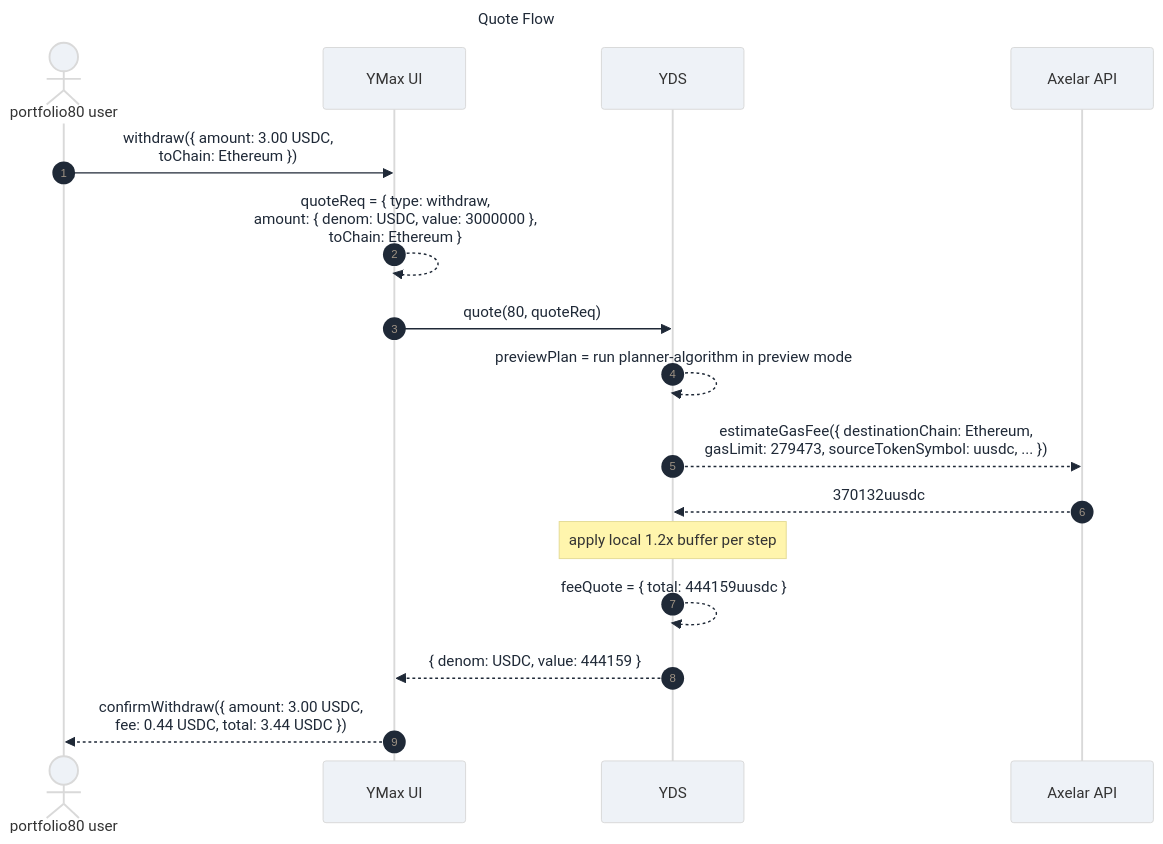
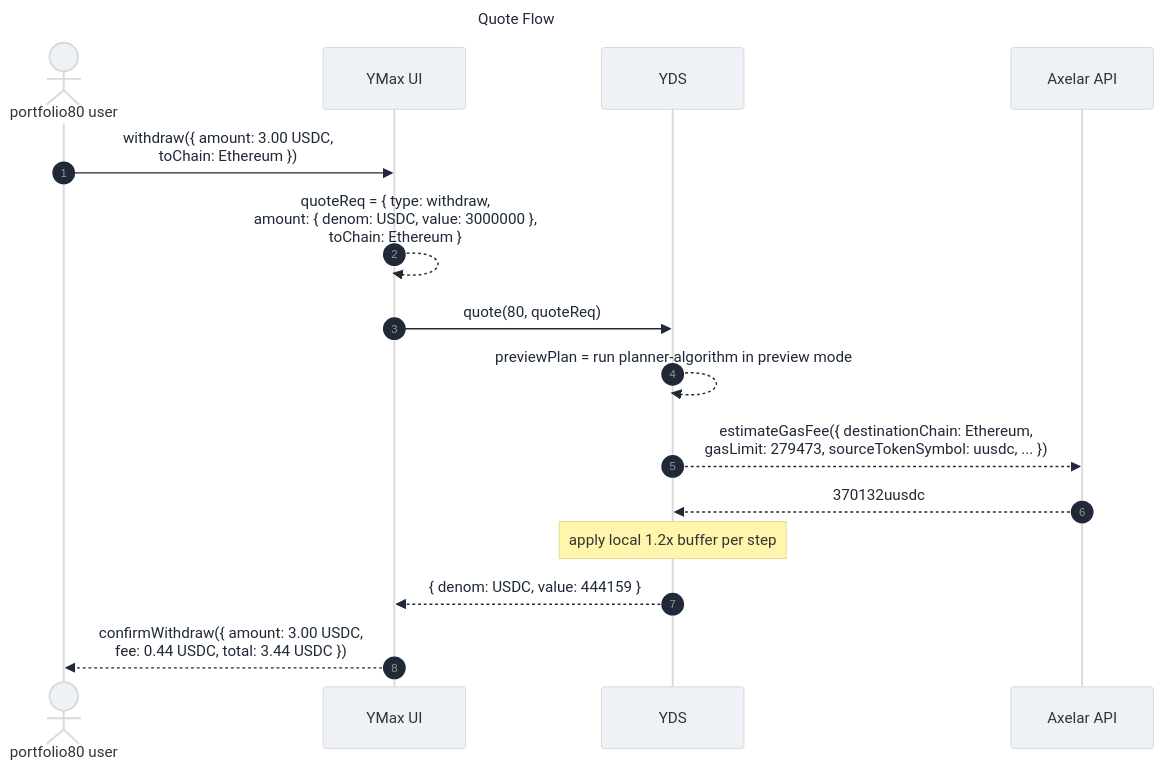
Before and after one commit to Agoric/agoric-sdk: the first of 4 diagrams in packages/portfolio-contract/docs-design/user-fees.md, drawn with Mermaid. The commit also changed other lines of this file, not shown here.

Commit message:
docs(user-fees): fix flow prose

````diff
--- a/packages/portfolio-contract/docs-design/user-fees.md
+++ b/packages/portfolio-contract/docs-design/user-fees.md
@@ -103,22 +93,21 @@
 ```mermaid
 %%{init: {'theme': 'base', 'themeVariables': {'background': '#f3f4f6', 'primaryColor': '#eef2f7', 'secondaryColor': '#e9eef5', 'tertiaryColor': '#f6f8fb', 'lineColor': '#5f6b7a', 'textColor': '#1f2937'}, 'themeCSS': '.sequenceNumber { font-size: 14px !important; font-weight: 600; }'}}%%
 sequenceDiagram
     title Quote Flow
     autonumber
 
     actor user as portfolio80 user
     participant ui as YMax UI
     participant yds as YDS
     participant axelar as Axelar API
 
     user->>ui: withdraw({ amount: 3.00 USDC,<br/>toChain: Ethereum })
     ui-->>ui: quoteReq = { type: withdraw,<br/>amount: { denom: USDC, value: 3000000 },<br/>toChain: Ethereum }
     ui->>yds: quote(80, quoteReq)
     yds-->>yds: previewPlan = run planner-algorithm in preview mode
     yds-->>axelar: estimateGasFee({ destinationChain: Ethereum,<br/>gasLimit: 279473, sourceTokenSymbol: uusdc, ... })
     axelar-->>yds: 370132uusdc
     Note over yds: apply local 1.2x buffer per step
-    yds-->>yds: feeQuote = { total: 444159uusdc }
     yds-->>ui: { denom: USDC, value: 444159 }
     ui-->>user: confirmWithdraw({ amount: 3.00 USDC,<br/>fee: 0.44 USDC, total: 3.44 USDC })
 ```
````
